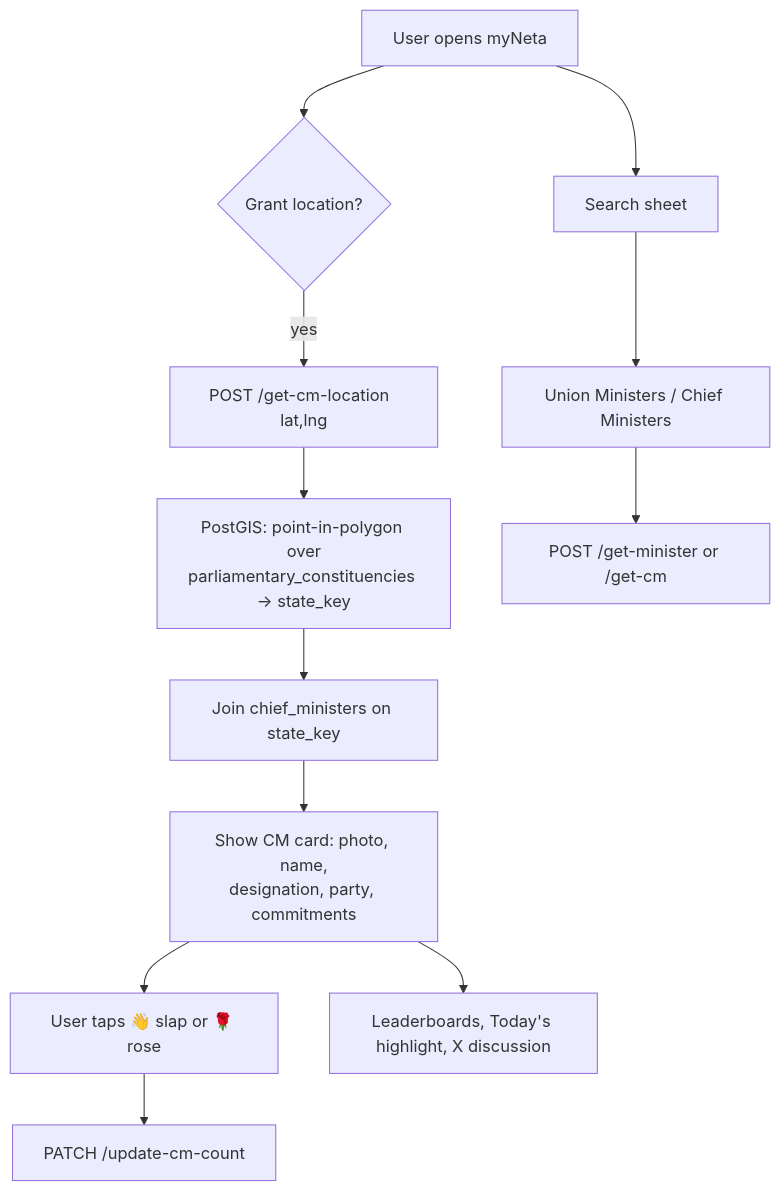
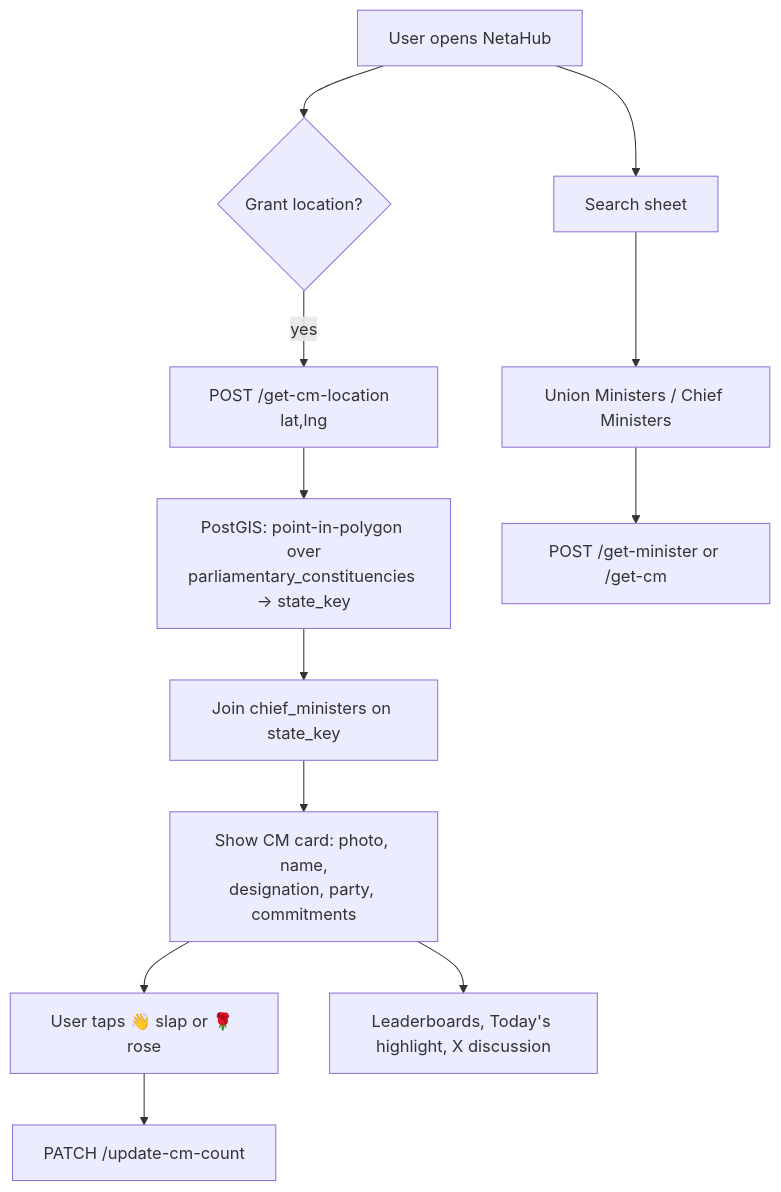
One commit to abhiraj070/MyNetaDesk changed the diagram in README.md. Above: the diagram before and after it, drawn with Mermaid. The commit also changed other lines of this file, not shown here.

Commit message:
Rename myNeta to NetaHub in README

````diff
--- a/README.md
+++ b/README.md
@@ -41,14 +41,14 @@
 ```mermaid
 flowchart TD
-    A[User opens myNeta] --> B{Grant location?}
+    A[User opens NetaHub] --> B{Grant location?}
     B -- yes --> C[POST /get-cm-location  lat,lng]
     C --> D[PostGIS: point-in-polygon over<br/>parliamentary_constituencies -> state_key]
     D --> E[Join chief_ministers on state_key]
     E --> F[Show CM card: photo, name,<br/>designation, party, commitments]
     F --> G[User taps 👋 slap or 🌹 rose]
     G --> H[PATCH /update-cm-count]
     A --> I[Search sheet]
     I --> J[Union Ministers / Chief Ministers]
     J --> K[POST /get-minister or /get-cm]
     F --> L[Leaderboards, Today's highlight, X discussion]
 ```
````
